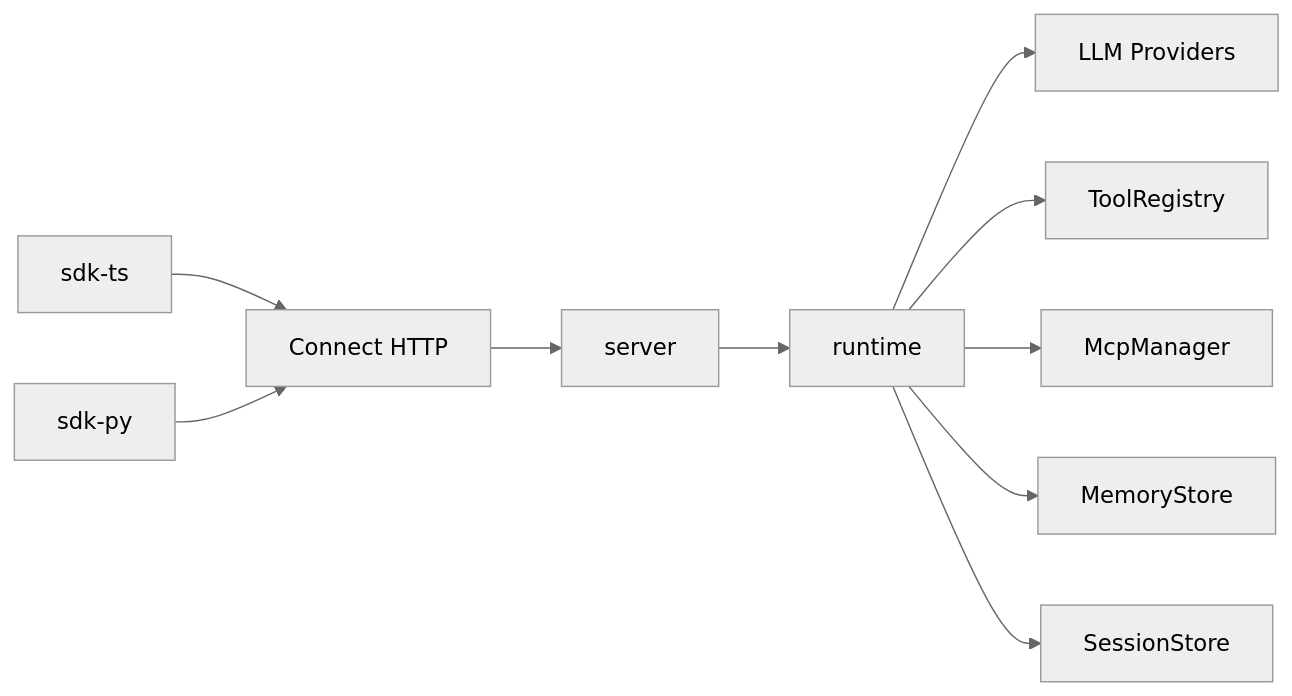
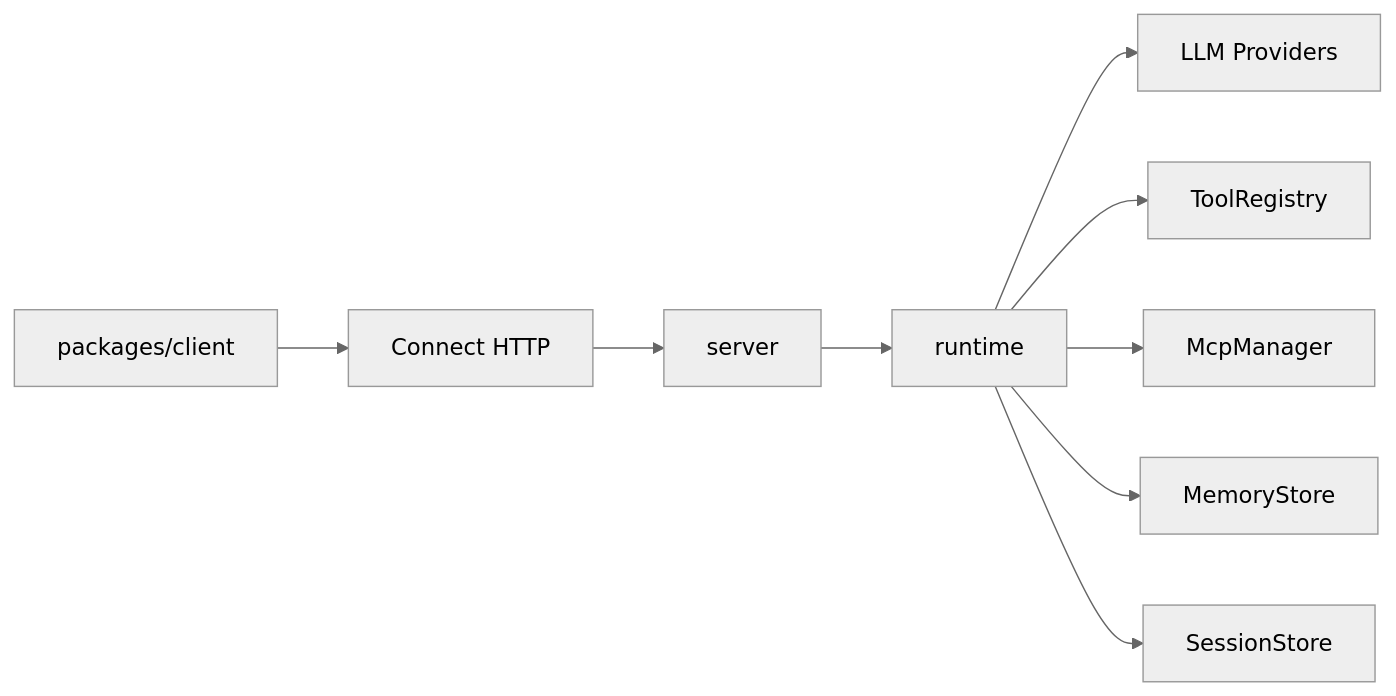
The diagram in docs/en/architecture.md (oioiovo/Mini-Agent), drawn with Mermaid (neutral theme) before and after one commit. The commit also changed other lines of this file and 23 other files, not shown here.

First line of the commit message:
Rename TS Connect package to @mini-agent/client and drop Python clients.

````diff
--- a/docs/en/architecture.md
+++ b/docs/en/architecture.md
@@ -13,12 +13,11 @@
 ```mermaid
 flowchart LR
-  TsSdk[sdk-ts] --> Connect[Connect HTTP]
-  PySdk[sdk-py] --> Connect
+  Client[packages/client] --> Connect[Connect HTTP]
   Connect --> Server[server]
   Server --> Runtime[runtime]
   Runtime --> LLM[LLM Providers]
   Runtime --> Tools[ToolRegistry]
   Runtime --> MCP[McpManager]
   Runtime --> Mem[MemoryStore]
   Runtime --> Sess[SessionStore]
 ```
````
